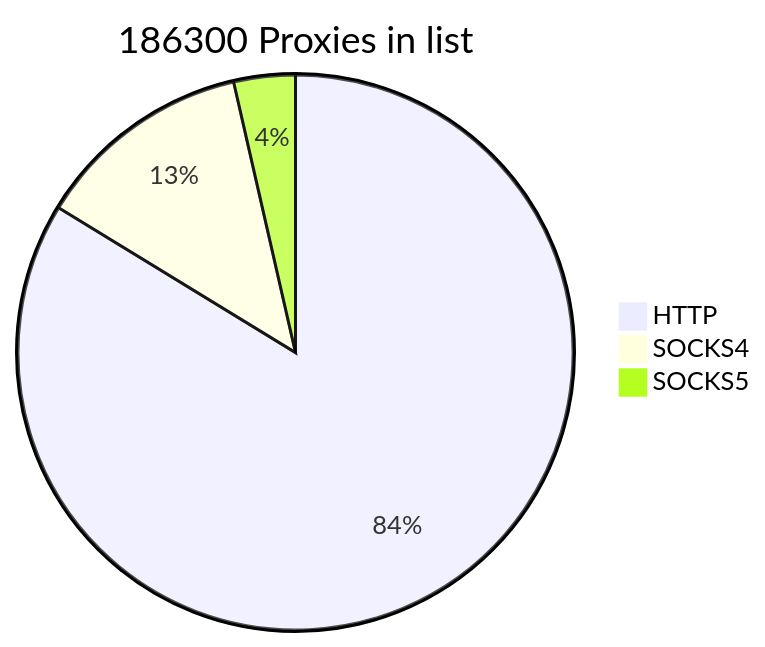
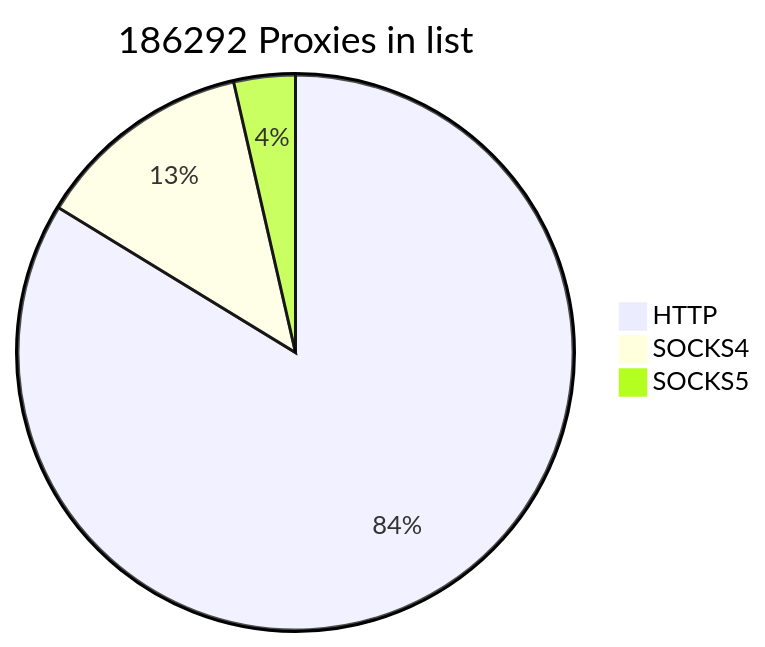
The first of 2 diagrams in README.md (cutipu/proxylist), drawn with Mermaid before and after one commit. The commit also changed other lines of this file, not shown here.

````diff
--- a/README.md
+++ b/README.md
@@ -2,7 +2,7 @@
 ```mermaid
-pie title 186300 Proxies in list
+pie title 186292 Proxies in list
     "HTTP" : 155987
-    "SOCKS4" : 23647
+    "SOCKS4" : 23639
     "SOCKS5" : 6666
             
 ```
````
